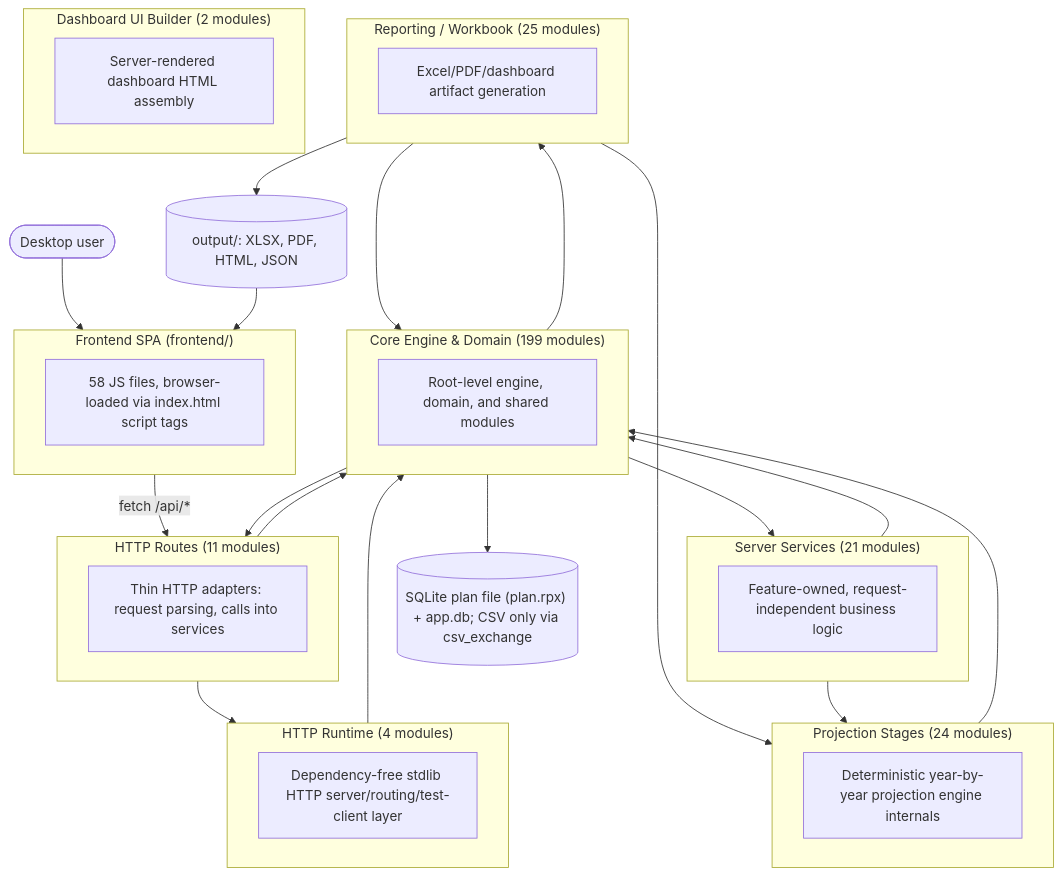
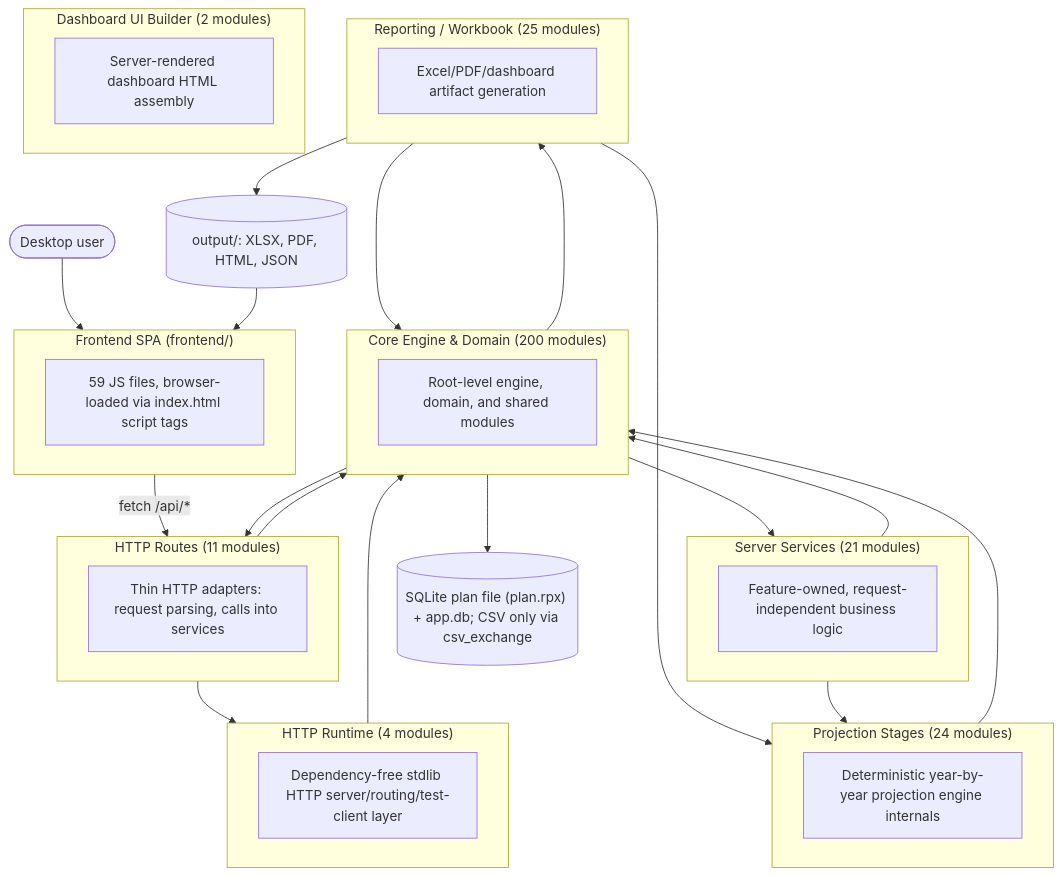
The first of 2 diagrams in documentation/reference/SYSTEM_ARCHITECTURE_DIAGRAM.md (matthartzman/retirement_system), drawn with Mermaid before and after one commit. The commit also changed other lines of this file and 15 other files, not shown here.

````diff
--- a/documentation/reference/SYSTEM_ARCHITECTURE_DIAGRAM.md
+++ b/documentation/reference/SYSTEM_ARCHITECTURE_DIAGRAM.md
@@ -11,43 +11,43 @@
 ```mermaid
 flowchart TB
     User(["Desktop user"]) --> FE
     subgraph FE["Frontend SPA (frontend/)"]
-        FEcount["58 JS files, browser-loaded via index.html script tags"]
+        FEcount["59 JS files, browser-loaded via index.html script tags"]
     end
     FE -->|fetch /api/*| L_HTTP_Routes
     subgraph L_HTTP_Routes["HTTP Routes (11 modules)"]
         L_HTTP_Routes_d["Thin HTTP adapters: request parsing, calls into services"]
     end
     subgraph L_Server_Services["Server Services (21 modules)"]
         L_Server_Services_d["Feature-owned, request-independent business logic"]
     end
     subgraph L_HTTP_Runtime["HTTP Runtime (4 modules)"]
         L_HTTP_Runtime_d["Dependency-free stdlib HTTP server/routing/test-client layer"]
     end
-    subgraph L_Core_Engine___Domain["Core Engine & Domain (199 modules)"]
+    subgraph L_Core_Engine___Domain["Core Engine & Domain (200 modules)"]
         L_Core_Engine___Domain_d["Root-level engine, domain, and shared modules"]
     end
     subgraph L_Projection_Stages["Projection Stages (24 modules)"]
         L_Projection_Stages_d["Deterministic year-by-year projection engine internals"]
     end
     subgraph L_Reporting___Workbook["Reporting / Workbook (25 modules)"]
         L_Reporting___Workbook_d["Excel/PDF/dashboard artifact generation"]
     end
     subgraph L_Dashboard_UI_Builder["Dashboard UI Builder (2 modules)"]
         L_Dashboard_UI_Builder_d["Server-rendered dashboard HTML assembly"]
     end
     L_Core_Engine___Domain --> L_HTTP_Routes
     L_Core_Engine___Domain --> L_Reporting___Workbook
     L_Core_Engine___Domain --> L_Server_Services
     L_HTTP_Routes --> L_Core_Engine___Domain
     L_HTTP_Routes --> L_HTTP_Runtime
     L_HTTP_Runtime --> L_Core_Engine___Domain
     L_Projection_Stages --> L_Core_Engine___Domain
     L_Reporting___Workbook --> L_Core_Engine___Domain
     L_Reporting___Workbook --> L_Projection_Stages
     L_Server_Services --> L_Core_Engine___Domain
     L_Server_Services --> L_Projection_Stages
     L_Core_Engine___Domain --> DB[("SQLite plan file (plan.rpx) + app.db; CSV only via csv_exchange")]
     L_Reporting___Workbook --> Outputs[("output/: XLSX, PDF, HTML, JSON")]
     Outputs --> FE
 ```
````
